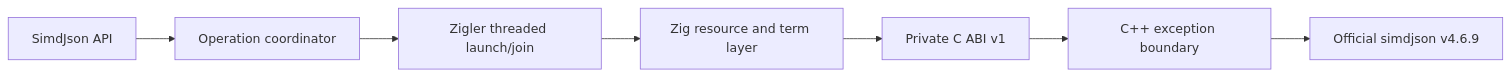
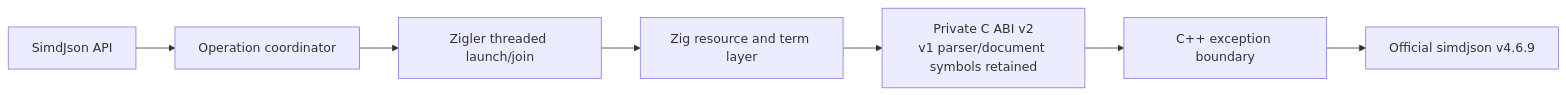
One commit to pcharbon70/simd_json changed the first of 3 diagrams in docs/milestones/01-native-foundation-operations.md. Above: the diagram before and after it, drawn with Mermaid. The commit also changed other lines of this file and 20 other files, not shown here.

````diff
--- a/docs/milestones/01-native-foundation-operations.md
+++ b/docs/milestones/01-native-foundation-operations.md
@@ -89,9 +91,9 @@
 ```mermaid
 flowchart LR
     API[SimdJson API] --> Coordinator[Operation coordinator]
     Coordinator --> Zigler[Zigler threaded launch/join]
     Zigler --> Zig[Zig resource and term layer]
-    Zig --> ABI[Private C ABI v1]
+    Zig --> ABI[Private C ABI v2<br/>v1 parser/document symbols retained]
     ABI --> Shim[C++ exception boundary]
     Shim --> SIMD[Official simdjson v4.6.9]
 ```
````
